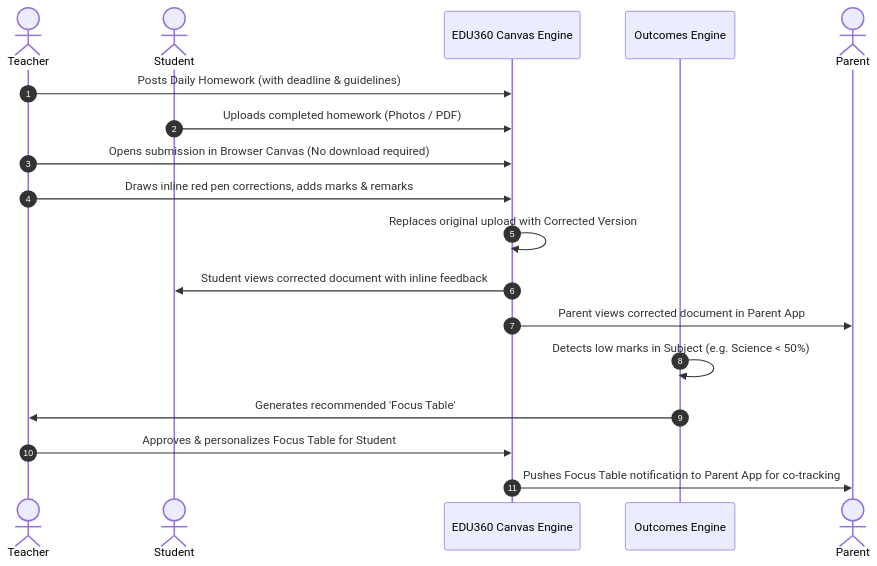
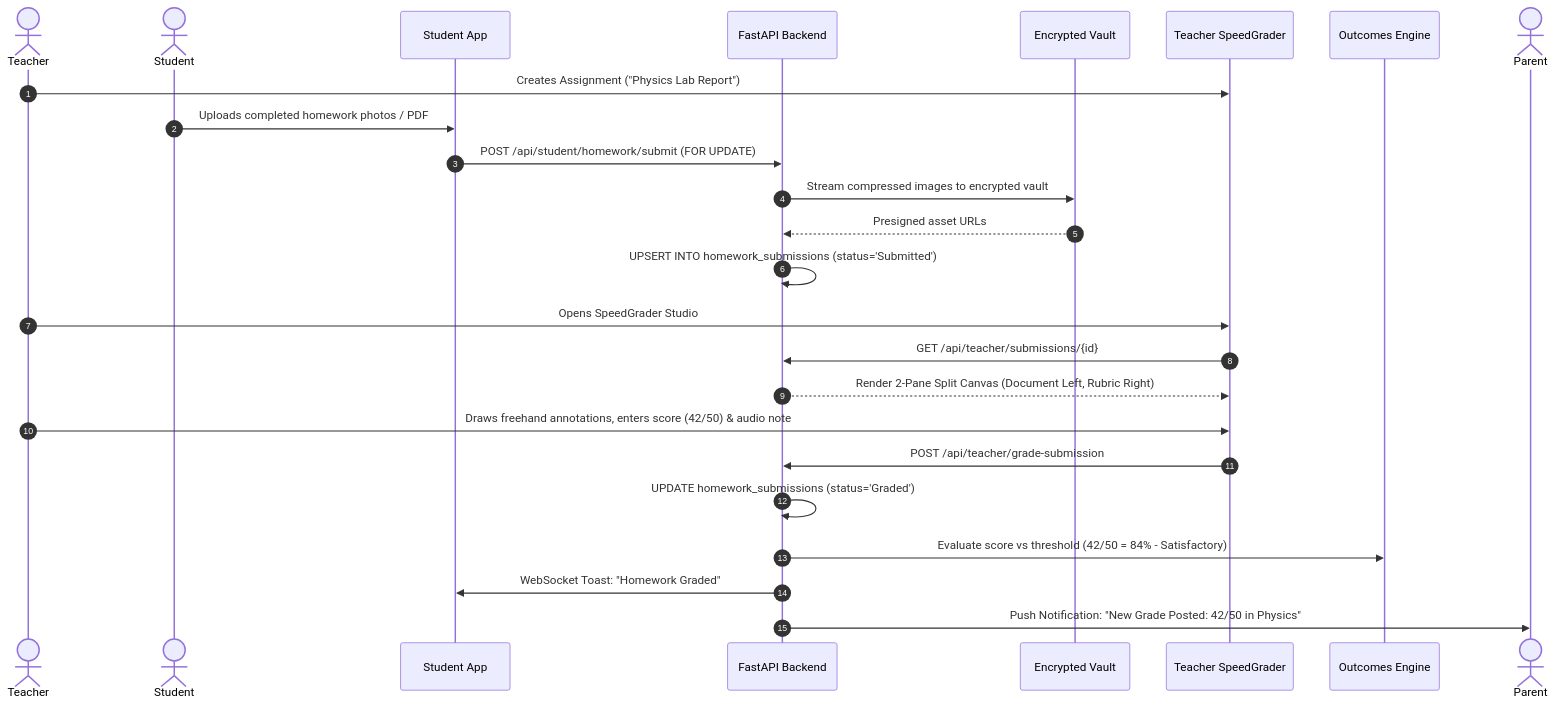
The second of 7 diagrams in docs/prd/PRD.md (DiradzProducts/EDU360), drawn with Mermaid before and after one commit. The commit also changed other lines of this file and 6 other files, not shown here.

Commit message:
docs(architecture): synchronize role-wise workflows with payroll LOP, batch exam schedules, and clock engine (v8.5)

````diff
--- a/docs/prd/PRD.md
+++ b/docs/prd/PRD.md
@@ -169,21 +199,28 @@
 ```mermaid
 sequenceDiagram
     autonumber
     actor Teacher as Teacher
     actor Student as Student
-    participant System as EDU360 Canvas Engine
+    participant S_UI as Student App
+    participant API as FastAPI Backend
+    participant S3 as Encrypted Vault
+    participant T_UI as Teacher SpeedGrader
     participant Analytics as Outcomes Engine
     actor Parent as Parent
 
-    Teacher->>System: Posts Daily Homework (with deadline & guidelines)
-    Student->>System: Uploads completed homework (Photos / PDF)
-    Teacher->>System: Opens submission in Browser Canvas (No download required)
-    Teacher->>System: Draws inline red pen corrections, adds marks & remarks
-    System->>System: Replaces original upload with Corrected Version
-    System->>Student: Student views corrected document with inline feedback
-    System->>Parent: Parent views corrected document in Parent App
-    Analytics->>Analytics: Detects low marks in Subject (e.g. Science < 50%)
-    Analytics->>Teacher: Generates recommended 'Focus Table'
-    Teacher->>System: Approves & personalizes Focus Table for Student
-    System->>Parent: Pushes Focus Table notification to Parent App for co-tracking
+    Teacher->>T_UI: Creates Assignment ("Physics Lab Report")
+    Student->>S_UI: Uploads completed homework photos / PDF
+    S_UI->>API: POST /api/student/homework/submit (FOR UPDATE)
+    API->>S3: Stream compressed images to encrypted vault
+    S3-->>API: Presigned asset URLs
+    API->>API: UPSERT INTO homework_submissions (status='Submitted')
+    Teacher->>T_UI: Opens SpeedGrader Studio
+    T_UI->>API: GET /api/teacher/submissions/{id}
+    API-->>T_UI: Render 2-Pane Split Canvas (Document Left, Rubric Right)
+    Teacher->>T_UI: Draws freehand annotations, enters score (42/50) & audio note
+    T_UI->>API: POST /api/teacher/grade-submission
+    API->>API: UPDATE homework_submissions (status='Graded')
+    API->>Analytics: Evaluate score vs threshold (42/50 = 84% - Satisfactory)
+    API->>S_UI: WebSocket Toast: "Homework Graded"
+    API->>Parent: Push Notification: "New Grade Posted: 42/50 in Physics"
 ```
````
